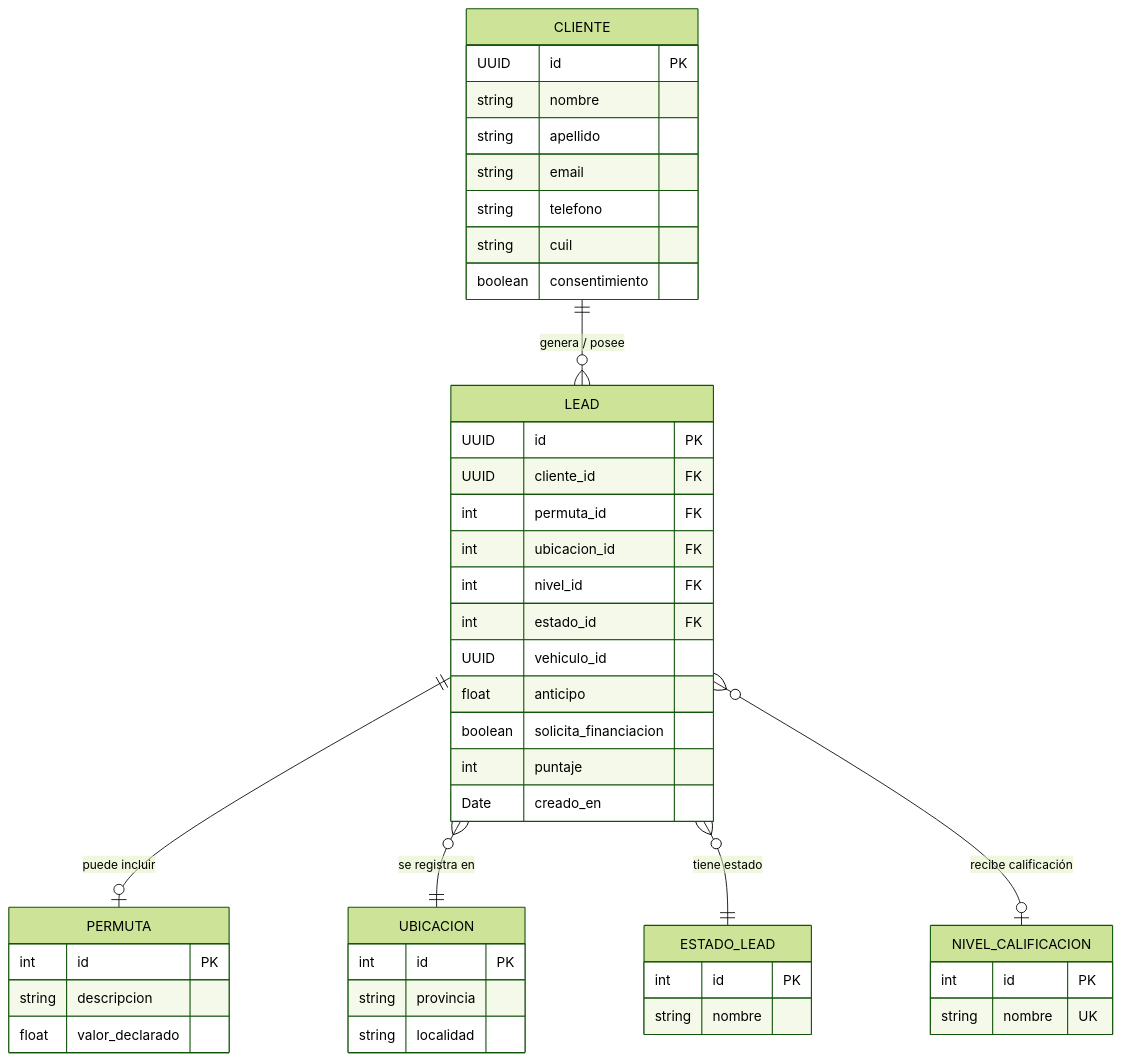
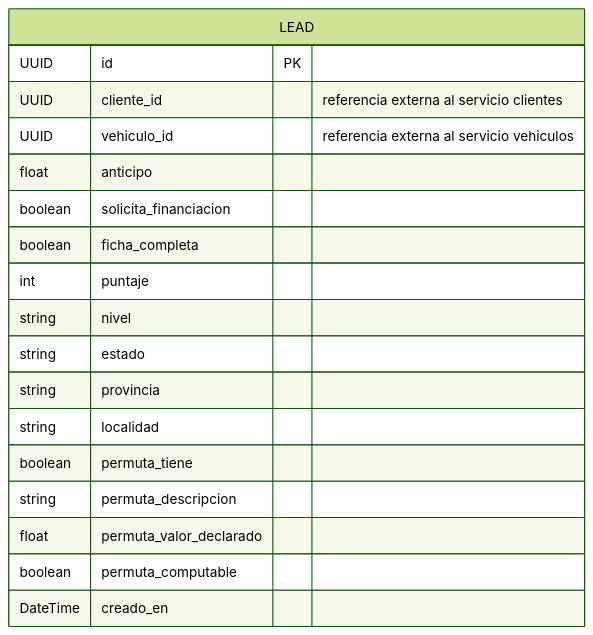
The diagram in docs/diagrams/der.mmd (naimgaunaa/LeadsMicroservice), drawn with Mermaid (forest theme) before and after one commit. The commit also changed 10 other files, not shown here.

First line of the commit message:
Refactor lead state model and update diagrams

```diff
--- a/docs/diagrams/der.mmd
+++ b/docs/diagrams/der.mmd
@@ -1,56 +1,25 @@
 erDiagram
-    %% Entidades de negocio principales
-    CLIENTE ||--o{ LEAD : "genera / posee"
-    LEAD ||--o| PERMUTA : "puede incluir"
-
-    %% Catálogos referenciados por el lead
-    LEAD }o--|| UBICACION : "se registra en"
-    LEAD }o--|| ESTADO_LEAD : "tiene estado"
-    LEAD }o--o| NIVEL_CALIFICACION : "recibe calificación"
-
-    CLIENTE {
+    %% Base de datos del servicio leads
+    %% Cliente y Vehiculo son referencias externas (UUIDs), no tablas propias
+    LEAD {
         UUID id PK
-        string nombre
-        string apellido
-        string email
-        string telefono
-        string cuil
-        boolean consentimiento
-    }
-
-    LEAD{
-        UUID id PK
-        UUID cliente_id FK
-        int permuta_id FK
-        int ubicacion_id FK
-        int nivel_id FK
-        int estado_id FK
-        UUID vehiculo_id
+        UUID cliente_id "referencia externa al servicio clientes"
+        UUID vehiculo_id "referencia externa al servicio vehiculos"
 
         float anticipo
         boolean solicita_financiacion
+        boolean ficha_completa
         int puntaje
-        Date creado_en
-    }
+        string nivel
+        string estado
 
-    PERMUTA{
-        int id PK
-        string descripcion
-        float valor_declarado
-    }
-
-    UBICACION {
-        int id PK
         string provincia
         string localidad
+
+        boolean permuta_tiene
+        string permuta_descripcion
+        float permuta_valor_declarado
+        boolean permuta_computable
+
+        DateTime creado_en
     }
-
-    NIVEL_CALIFICACION {
-        int id PK
-        string nombre UK
-    }
-
-    ESTADO_LEAD {
-        int id PK
-        string nombre
-    }
```
